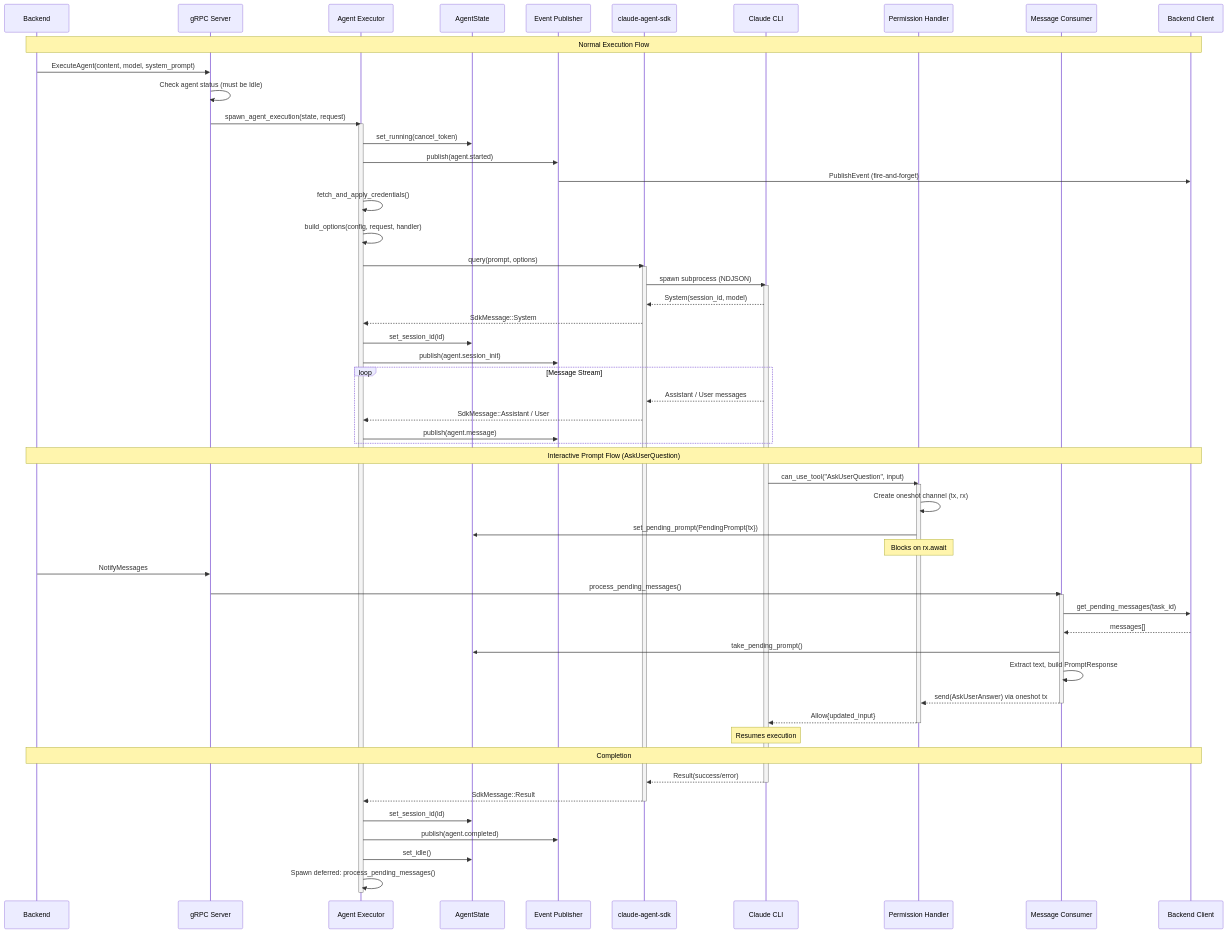
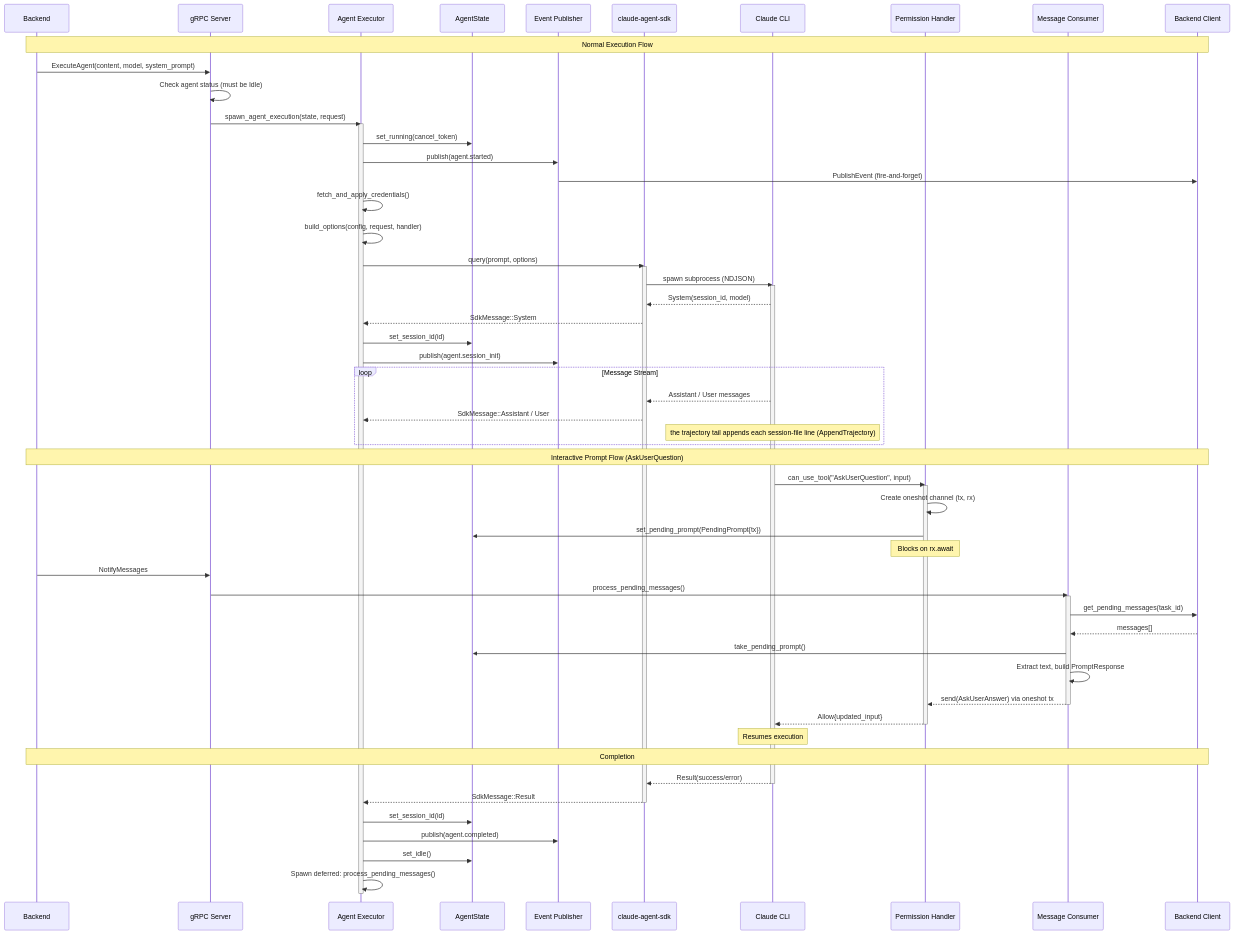
Before and after one commit to aorwall/moatless: the third of 3 diagrams in docs/sandbox-diagrams.md, drawn with Mermaid. The commit also changed 83 other files, not shown here.

First line of the commit message:
feat: project the conversation from trajectory lines and remove agent.message

````diff
--- a/docs/sandbox-diagrams.md
+++ b/docs/sandbox-diagrams.md
@@ -239,78 +239,78 @@
 ```mermaid
 sequenceDiagram
     participant B as Backend
     participant GS as gRPC Server
     participant AE as Agent Executor
     participant AS as AgentState
     participant EP as Event Publisher
     participant SDK as claude-agent-sdk
     participant CLI as Claude CLI
     participant PH as Permission Handler
     participant MC as Message Consumer
     participant BC as Backend Client
 
     Note over B,BC: Normal Execution Flow
 
     B->>GS: ExecuteAgent(content, model, system_prompt)
     GS->>GS: Check agent status (must be Idle)
     GS->>AE: spawn_agent_execution(state, request)
     activate AE
 
     AE->>AS: set_running(cancel_token)
     AE->>EP: publish(agent.started)
     EP->>BC: PublishEvent (fire-and-forget)
 
     AE->>AE: fetch_and_apply_credentials()
     AE->>AE: build_options(config, request, handler)
     AE->>SDK: query(prompt, options)
     activate SDK
     SDK->>CLI: spawn subprocess (NDJSON)
     activate CLI
 
     CLI-->>SDK: System(session_id, model)
     SDK-->>AE: SdkMessage::System
     AE->>AS: set_session_id(id)
     AE->>EP: publish(agent.session_init)
 
     loop Message Stream
         CLI-->>SDK: Assistant / User messages
         SDK-->>AE: SdkMessage::Assistant / User
-        AE->>EP: publish(agent.message)
+        Note over CLI: the trajectory tail appends each session-file line (AppendTrajectory)
     end
 
     Note over B,BC: Interactive Prompt Flow (AskUserQuestion)
 
     CLI->>PH: can_use_tool("AskUserQuestion", input)
     activate PH
     PH->>PH: Create oneshot channel (tx, rx)
     PH->>AS: set_pending_prompt(PendingPrompt{tx})
     Note over PH: Blocks on rx.await
 
     B->>GS: NotifyMessages
     GS->>MC: process_pending_messages()
     activate MC
     MC->>BC: get_pending_messages(task_id)
     BC-->>MC: messages[]
     MC->>AS: take_pending_prompt()
     MC->>MC: Extract text, build PromptResponse
     MC-->>PH: send(AskUserAnswer) via oneshot tx
     deactivate MC
 
     PH-->>CLI: Allow{updated_input}
     deactivate PH
     Note over CLI: Resumes execution
 
     Note over B,BC: Completion
 
     CLI-->>SDK: Result(success/error)
     deactivate CLI
     SDK-->>AE: SdkMessage::Result
     deactivate SDK
 
     AE->>AS: set_session_id(id)
     AE->>EP: publish(agent.completed)
     AE->>AS: set_idle()
 
     AE->>AE: Spawn deferred: process_pending_messages()
     deactivate AE
 ```
````
